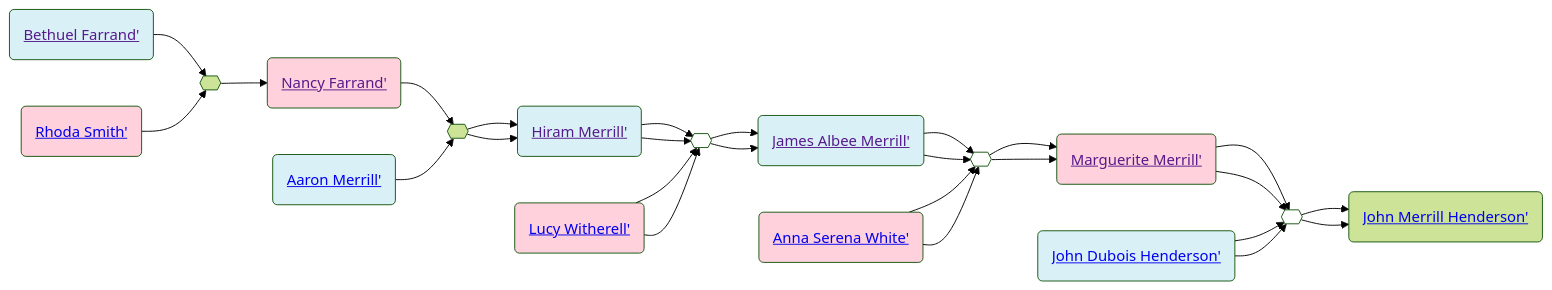
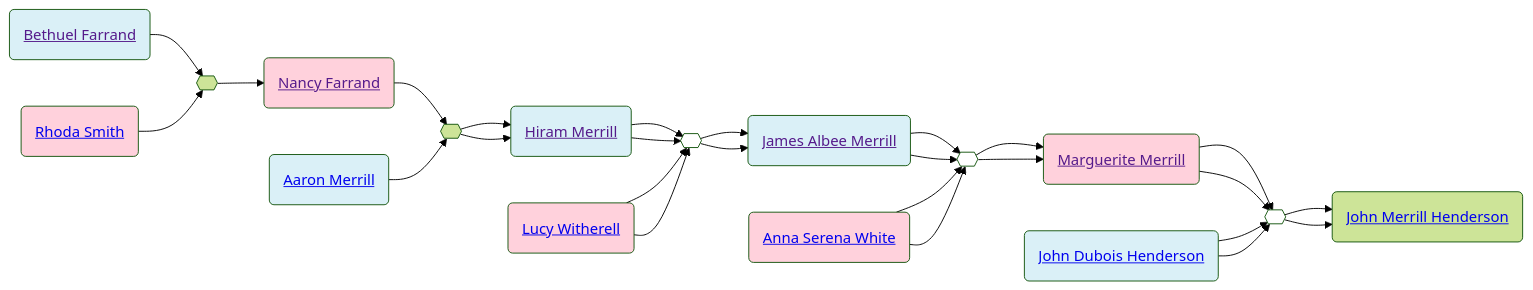
One commit to neelsmith/avocational changed the diagram in familyhistory/sources/people/Merrill-line/White-line/Grandey/Bethuel_Farrand.qmd. Above: the diagram before and after it, drawn with Mermaid (forest theme). The commit also changed 96 other files, not shown here.

````diff
--- a/familyhistory/sources/people/Merrill-line/White-line/Grandey/Bethuel_Farrand.qmd
+++ b/familyhistory/sources/people/Merrill-line/White-line/Grandey/Bethuel_Farrand.qmd
@@ -26,59 +26,59 @@
 ```{mermaid}
 graph LR
 %% LR descendant diagram
 class Bethuel_Farrand_and_Rhoda_Smith marriage
-Bethuel_Farrand(<a href=''>Bethuel Farrand'</>) --> Bethuel_Farrand_and_Rhoda_Smith{{ }}
-Rhoda_Smith(<a href='./../../Rhoda_Smith.html'>Rhoda Smith'</>) --> Bethuel_Farrand_and_Rhoda_Smith{{ }}
+Bethuel_Farrand(<a href=''>Bethuel Farrand</a>) --> Bethuel_Farrand_and_Rhoda_Smith{{ }}
+Rhoda_Smith(<a href='./../../Rhoda_Smith.html'>Rhoda Smith</a>) --> Bethuel_Farrand_and_Rhoda_Smith{{ }}
 class Bethuel_Farrand father
 class Rhoda_Smith mother
-Bethuel_Farrand_and_Rhoda_Smith{{ }} --> Nancy_Farrand(<a href='./../../Nancy_Farrand.html'>Nancy Farrand'</>)
+Bethuel_Farrand_and_Rhoda_Smith{{ }} --> Nancy_Farrand(<a href='./../../Nancy_Farrand.html'>Nancy Farrand</a>)
 class Nancy_Farrand_and_Aaron_Merrill marriage
-Nancy_Farrand(<a href=''>Nancy Farrand'</>) --> Nancy_Farrand_and_Aaron_Merrill{{ }}
-Aaron_Merrill(<a href='./Aaron_Merrill.html'>Aaron Merrill'</>) --> Nancy_Farrand_and_Aaron_Merrill{{ }}
+Nancy_Farrand(<a href=''>Nancy Farrand</a>) --> Nancy_Farrand_and_Aaron_Merrill{{ }}
+Aaron_Merrill(<a href='./Aaron_Merrill.html'>Aaron Merrill</a>) --> Nancy_Farrand_and_Aaron_Merrill{{ }}
 class Aaron_Merrill father
 class Nancy_Farrand mother
-Nancy_Farrand_and_Aaron_Merrill{{ }} --> Hiram_Merrill(<a href='./Hiram_Merrill.html'>Hiram Merrill'</>)
+Nancy_Farrand_and_Aaron_Merrill{{ }} --> Hiram_Merrill(<a href='./Hiram_Merrill.html'>Hiram Merrill</a>)
 class Hiram_Merrill_and_Lucy_Witherell marriage
-Hiram_Merrill(<a href=''>Hiram Merrill'</>) --> Hiram_Merrill_and_Lucy_Witherell{{ }}
-Lucy_Witherell(<a href='./Lucy_Witherell.html'>Lucy Witherell'</>) --> Hiram_Merrill_and_Lucy_Witherell{{ }}
+Hiram_Merrill(<a href=''>Hiram Merrill</a>) --> Hiram_Merrill_and_Lucy_Witherell{{ }}
+Lucy_Witherell(<a href='./Lucy_Witherell.html'>Lucy Witherell</a>) --> Hiram_Merrill_and_Lucy_Witherell{{ }}
 class Hiram_Merrill father
 class Lucy_Witherell mother
-Hiram_Merrill_and_Lucy_Witherell{{ }} --> James_Albee_Merrill(<a href='./James_Albee_Merrill.html'>James Albee Merrill'</>)
+Hiram_Merrill_and_Lucy_Witherell{{ }} --> James_Albee_Merrill(<a href='./James_Albee_Merrill.html'>James Albee Merrill</a>)
 class James_Albee_Merrill_and_Anna_Serena_White marriage
-James_Albee_Merrill(<a href=''>James Albee Merrill'</>) --> James_Albee_Merrill_and_Anna_Serena_White{{ }}
-Anna_Serena_White(<a href='./White-line/Anna_Serena_White.html'>Anna Serena White'</>) --> James_Albee_Merrill_and_Anna_Serena_White{{ }}
+James_Albee_Merrill(<a href=''>James Albee Merrill</a>) --> James_Albee_Merrill_and_Anna_Serena_White{{ }}
+Anna_Serena_White(<a href='./White-line/Anna_Serena_White.html'>Anna Serena White</a>) --> James_Albee_Merrill_and_Anna_Serena_White{{ }}
 class James_Albee_Merrill father
 class Anna_Serena_White mother
-James_Albee_Merrill_and_Anna_Serena_White{{ }} --> Marguerite_Merrill(<a href='./Marguerite_Merrill.html'>Marguerite Merrill'</>)
+James_Albee_Merrill_and_Anna_Serena_White{{ }} --> Marguerite_Merrill(<a href='./Marguerite_Merrill.html'>Marguerite Merrill</a>)
 class Marguerite_Merrill_and_John_Dubois_Henderson marriage
-Marguerite_Merrill(<a href=''>Marguerite Merrill'</>) --> Marguerite_Merrill_and_John_Dubois_Henderson{{ }}
-John_Dubois_Henderson(<a href='./../Henderson-line/John_Dubois_Henderson.html'>John Dubois Henderson'</>) --> Marguerite_Merrill_and_John_Dubois_Henderson{{ }}
+Marguerite_Merrill(<a href=''>Marguerite Merrill</a>) --> Marguerite_Merrill_and_John_Dubois_Henderson{{ }}
+John_Dubois_Henderson(<a href='./../Henderson-line/John_Dubois_Henderson.html'>John Dubois Henderson</a>) --> Marguerite_Merrill_and_John_Dubois_Henderson{{ }}
 class John_Dubois_Henderson father
 class Marguerite_Merrill mother
-Marguerite_Merrill_and_John_Dubois_Henderson{{ }} --> John_Merrill_Henderson(<a href='./../Henderson-line/John_Merrill_Henderson.html'>John Merrill Henderson'</>)
+Marguerite_Merrill_and_John_Dubois_Henderson{{ }} --> John_Merrill_Henderson(<a href='./../Henderson-line/John_Merrill_Henderson.html'>John Merrill Henderson</a>)
 class Aaron_Merrill father
 class Nancy_Farrand mother
-Nancy_Farrand_and_Aaron_Merrill{{ }} --> Hiram_Merrill(<a href='./Hiram_Merrill.html'>Hiram Merrill'</>)
+Nancy_Farrand_and_Aaron_Merrill{{ }} --> Hiram_Merrill(<a href='./Hiram_Merrill.html'>Hiram Merrill</a>)
 class Hiram_Merrill_and_Lucy_Witherell marriage
-Hiram_Merrill(<a href=''>Hiram Merrill'</>) --> Hiram_Merrill_and_Lucy_Witherell{{ }}
-Lucy_Witherell(<a href='./Lucy_Witherell.html'>Lucy Witherell'</>) --> Hiram_Merrill_and_Lucy_Witherell{{ }}
+Hiram_Merrill(<a href=''>Hiram Merrill</a>) --> Hiram_Merrill_and_Lucy_Witherell{{ }}
+Lucy_Witherell(<a href='./Lucy_Witherell.html'>Lucy Witherell</a>) --> Hiram_Merrill_and_Lucy_Witherell{{ }}
 class Hiram_Merrill father
 class Lucy_Witherell mother
-Hiram_Merrill_and_Lucy_Witherell{{ }} --> James_Albee_Merrill(<a href='./James_Albee_Merrill.html'>James Albee Merrill'</>)
+Hiram_Merrill_and_Lucy_Witherell{{ }} --> James_Albee_Merrill(<a href='./James_Albee_Merrill.html'>James Albee Merrill</a>)
 class James_Albee_Merrill_and_Anna_Serena_White marriage
-James_Albee_Merrill(<a href=''>James Albee Merrill'</>) --> James_Albee_Merrill_and_Anna_Serena_White{{ }}
-Anna_Serena_White(<a href='./White-line/Anna_Serena_White.html'>Anna Serena White'</>) --> James_Albee_Merrill_and_Anna_Serena_White{{ }}
+James_Albee_Merrill(<a href=''>James Albee Merrill</a>) --> James_Albee_Merrill_and_Anna_Serena_White{{ }}
+Anna_Serena_White(<a href='./White-line/Anna_Serena_White.html'>Anna Serena White</a>) --> James_Albee_Merrill_and_Anna_Serena_White{{ }}
 class James_Albee_Merrill father
 class Anna_Serena_White mother
-James_Albee_Merrill_and_Anna_Serena_White{{ }} --> Marguerite_Merrill(<a href='./Marguerite_Merrill.html'>Marguerite Merrill'</>)
+James_Albee_Merrill_and_Anna_Serena_White{{ }} --> Marguerite_Merrill(<a href='./Marguerite_Merrill.html'>Marguerite Merrill</a>)
 class Marguerite_Merrill_and_John_Dubois_Henderson marriage
-Marguerite_Merrill(<a href=''>Marguerite Merrill'</>) --> Marguerite_Merrill_and_John_Dubois_Henderson{{ }}
-John_Dubois_Henderson(<a href='./../Henderson-line/John_Dubois_Henderson.html'>John Dubois Henderson'</>) --> Marguerite_Merrill_and_John_Dubois_Henderson{{ }}
+Marguerite_Merrill(<a href=''>Marguerite Merrill</a>) --> Marguerite_Merrill_and_John_Dubois_Henderson{{ }}
+John_Dubois_Henderson(<a href='./../Henderson-line/John_Dubois_Henderson.html'>John Dubois Henderson</a>) --> Marguerite_Merrill_and_John_Dubois_Henderson{{ }}
 class John_Dubois_Henderson father
 class Marguerite_Merrill mother
-Marguerite_Merrill_and_John_Dubois_Henderson{{ }} --> John_Merrill_Henderson(<a href='./../Henderson-line/John_Merrill_Henderson.html'>John Merrill Henderson'</>)
+Marguerite_Merrill_and_John_Dubois_Henderson{{ }} --> John_Merrill_Henderson(<a href='./../Henderson-line/John_Merrill_Henderson.html'>John Merrill Henderson</a>)
 classDef mother fill:#ffd1dc
 classDef father fill:#daf0f7  
 classDef marriage fill:#ffffff
 
 ```
````
